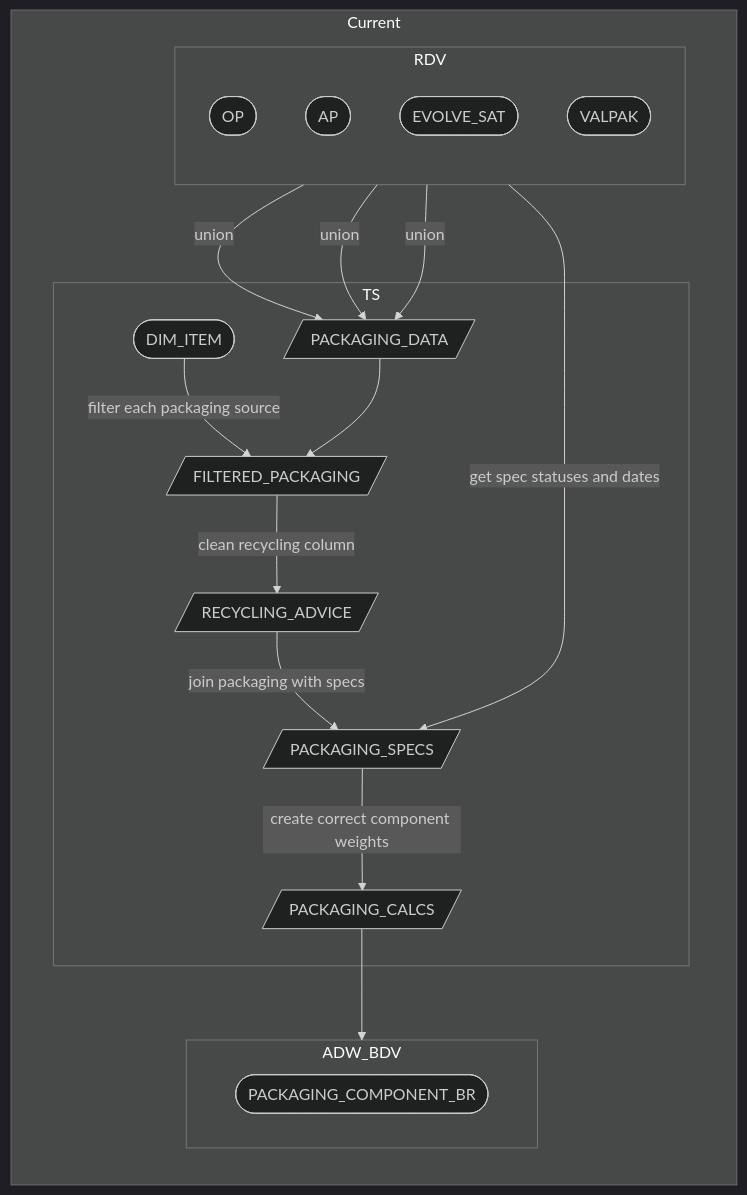
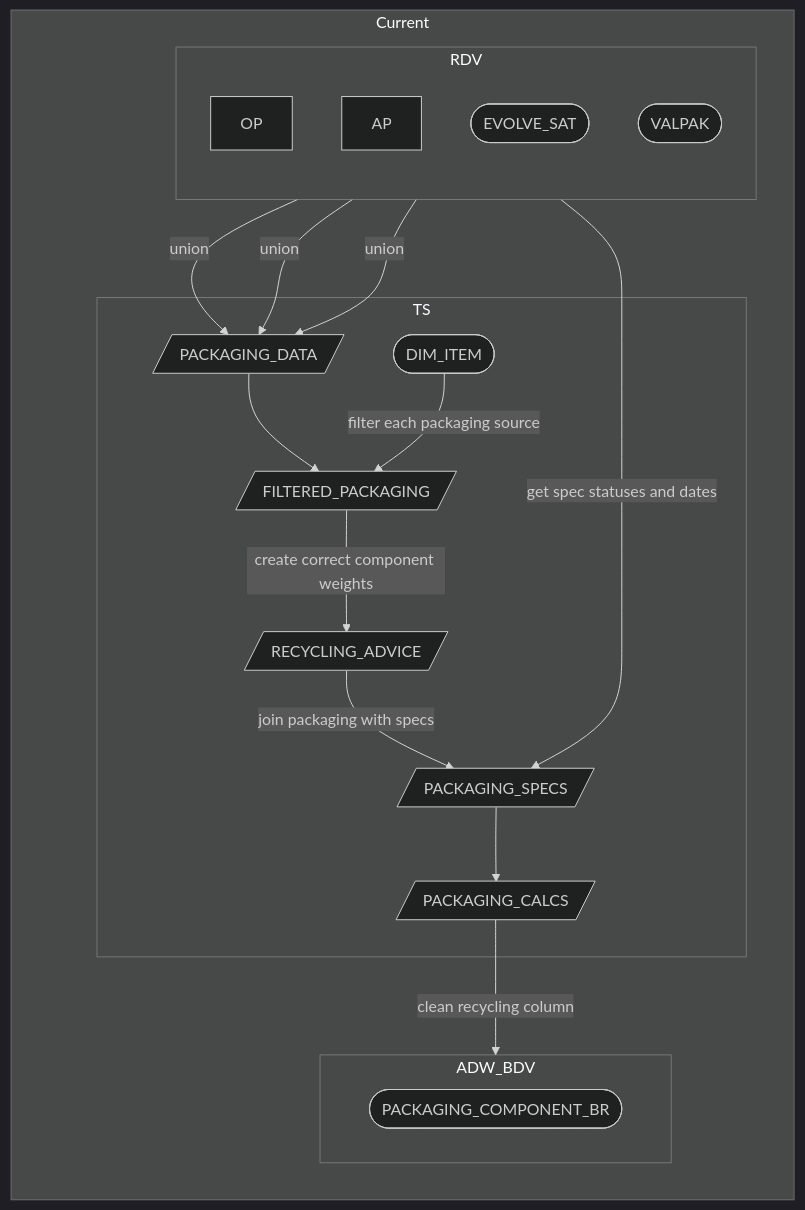
Before and after one commit to matt-wilkinson-js/test: the diagram in docs/adw_bdv/bdv_example.md, drawn with Mermaid (dark theme). The commit also changed other lines of this file, not shown here.

Commit message:
added in draw.io file

````diff
--- a/docs/adw_bdv/bdv_example.md
+++ b/docs/adw_bdv/bdv_example.md
@@ -227,28 +227,35 @@
       ```mermaid
          graph TB
          subgraph Current
          direction TB
          subgraph RDV
          direction TB
          A[OP] 
          B[AP]
          C([EVOLVE_SAT])
-         E([VALPAK])
+         D([VALPAK])
          end
          subgraph TS
-         A([OP])-->|union| D[/PACKAGING_DATA/]
-         B([AP])-->|union| D
-         I([DIM_ITEM])-->|filter each packaging source|J[/FILTERED_PACKAGING/]
-         J-->|clean recycling column|K[/RECYCLING_ADVICE/]
-         C-->|get spec statuses and dates|F[/PACKAGING_SPECS/]
-         F-->|create correct component weights|H[/PACKAGING_CALCS/]
-         E-->|union|D
-         K-->|join packaging with specs|F
-         D-->J
+         E[/PACKAGING_DATA/]
+         F[/PACKAGING_SPECS/]
+         G[/FILTERED_PACKAGING/]
+         H[/RECYCLING_ADVICE/]
+         I[/PACKAGING_CALCS/]
+         J([DIM_ITEM])
          end
          subgraph ADW_BDV
          direction LR
-         H-->G([PACKAGING_COMPONENT_BR])
+         K([PACKAGING_COMPONENT_BR])
          end
+         A-->|union| E
+         B-->|union| E
+         C-->|get spec statuses and dates|F
+         D-->|union|E
+         E-->G
+         G-->|create correct component weights|H
+         I-->|clean recycling column|K
+         H-->|join packaging with specs|F
+         J-->|filter each packaging source|G
+         F-->I
          end
       ```
````
